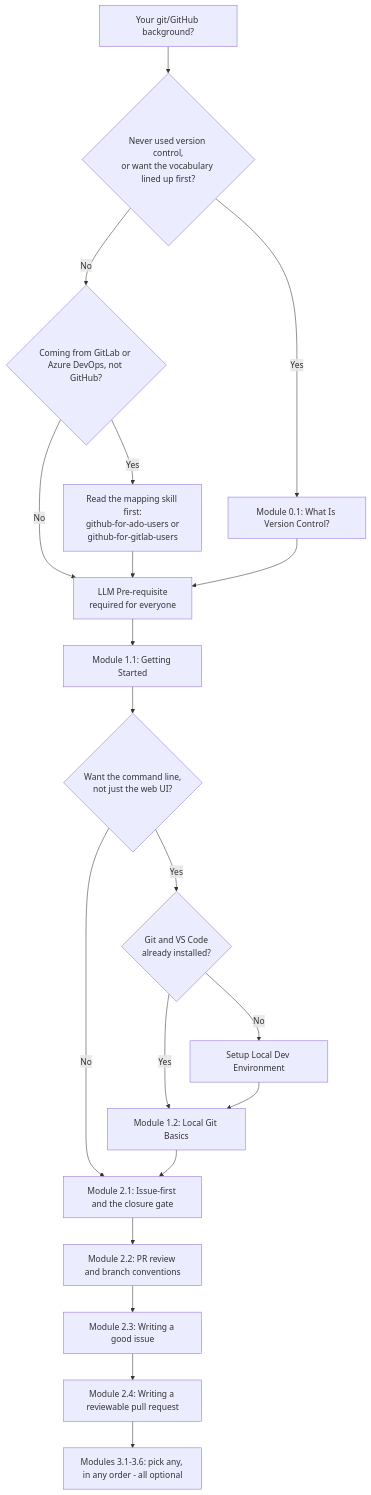
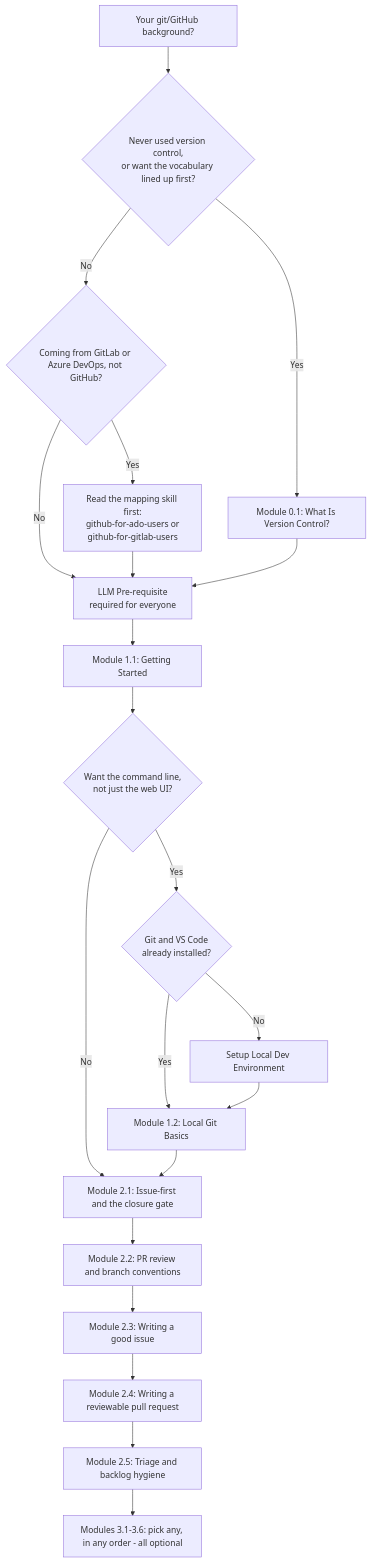
Before and after one commit to JeanKadang/DOC-GitHub-Practice-Skills: the first of 2 diagrams in education/README.md, drawn with Mermaid. The commit also changed other lines of this file and 3 other files, not shown here.

First line of the commit message:
docs: add Module 2.5, triage and backlog hygiene

````diff
--- a/education/README.md
+++ b/education/README.md
@@ -34,22 +34,23 @@
 ```mermaid
 flowchart TD
     Start[Your git/GitHub background?] --> Q1{Never used version control,<br/>or want the vocabulary lined up first?}
     Q1 -- Yes --> S0[Module 0.1: What Is Version Control?]
     Q1 -- No --> Q2{Coming from GitLab or Azure DevOps, not GitHub?}
     Q2 -- Yes --> Pre[Read the mapping skill first:<br/>github-for-ado-users or<br/>github-for-gitlab-users]
     Q2 -- No --> LLM0[LLM Pre-requisite<br/>required for everyone]
     Pre --> LLM0
     S0 --> LLM0
     LLM0 --> S1[Module 1.1: Getting Started]
     S1 --> Q3{Want the command line,<br/>not just the web UI?}
     Q3 -- Yes --> Q4{Git and VS Code<br/>already installed?}
     Q3 -- No --> M2a[Module 2.1: Issue-first and the closure gate]
     Q4 -- No --> Extra[Setup Local Dev Environment]
     Q4 -- Yes --> S2[Module 1.2: Local Git Basics]
     Extra --> S2
     S2 --> M2a
     M2a --> M2b[Module 2.2: PR review and branch conventions]
     M2b --> M2c[Module 2.3: Writing a good issue]
     M2c --> M2d[Module 2.4: Writing a reviewable pull request]
-    M2d --> M3[Modules 3.1-3.6: pick any, in any order - all optional]
+    M2d --> M2e[Module 2.5: Triage and backlog hygiene]
+    M2e --> M3[Modules 3.1-3.6: pick any, in any order - all optional]
 ```
````
